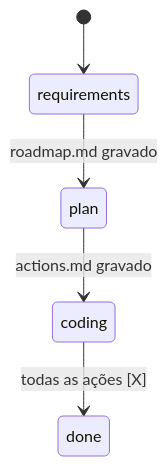
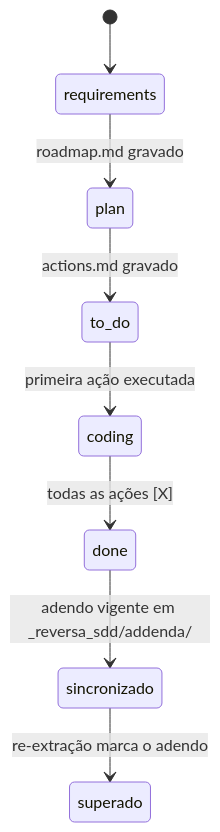
Before and after one commit to iago-leal/inculto-e-belo: the fifth of 5 diagrams in _reversa_sdd/state-machines.md, drawn with Mermaid. The commit also changed other lines of this file and 56 other files, not shown here.

First line of the commit message:
docs(reversa): re-extração após as features 001, 002 e 003

````diff
--- a/_reversa_sdd/state-machines.md
+++ b/_reversa_sdd/state-machines.md
@@ -28,7 +76,10 @@
 ```mermaid
 stateDiagram-v2
     [*] --> requirements
     requirements --> plan: roadmap.md gravado
-    plan --> coding: actions.md gravado
+    plan --> to_do: actions.md gravado
+    to_do --> coding: primeira ação executada
     coding --> done: todas as ações [X]
+    done --> sincronizado: adendo vigente em _reversa_sdd/addenda/
+    sincronizado --> superado: re-extração marca o adendo
 ```
````
